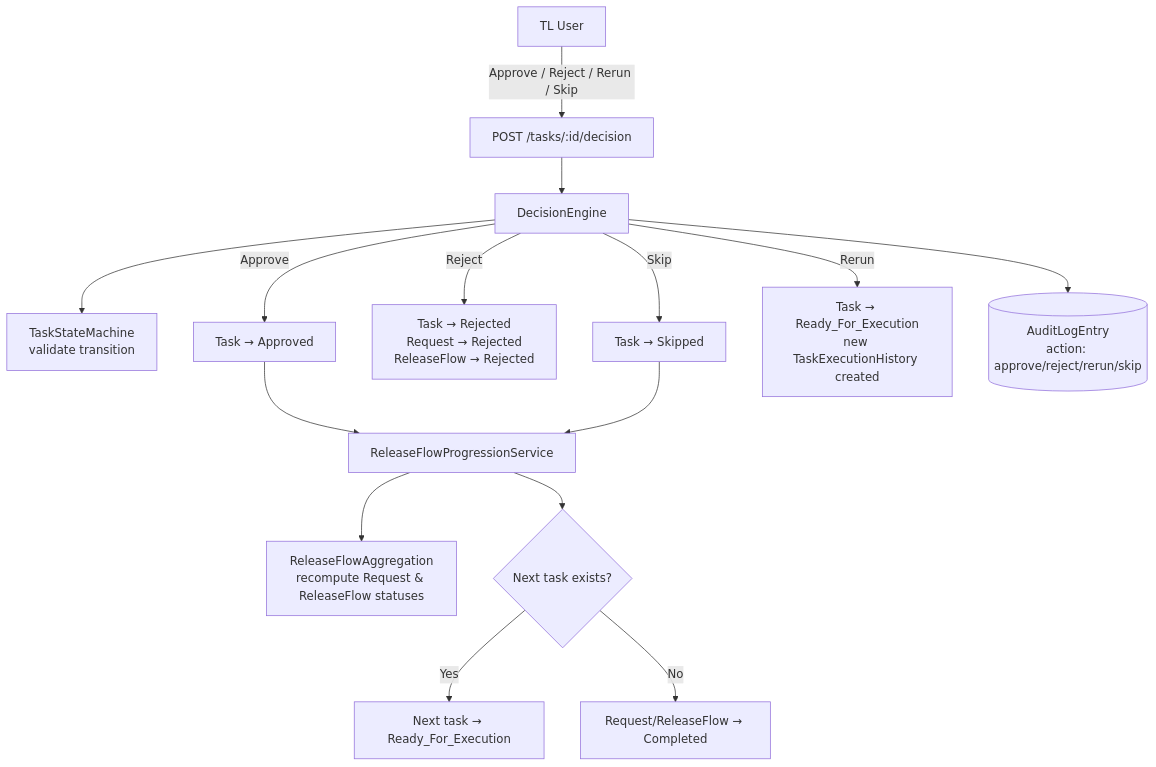
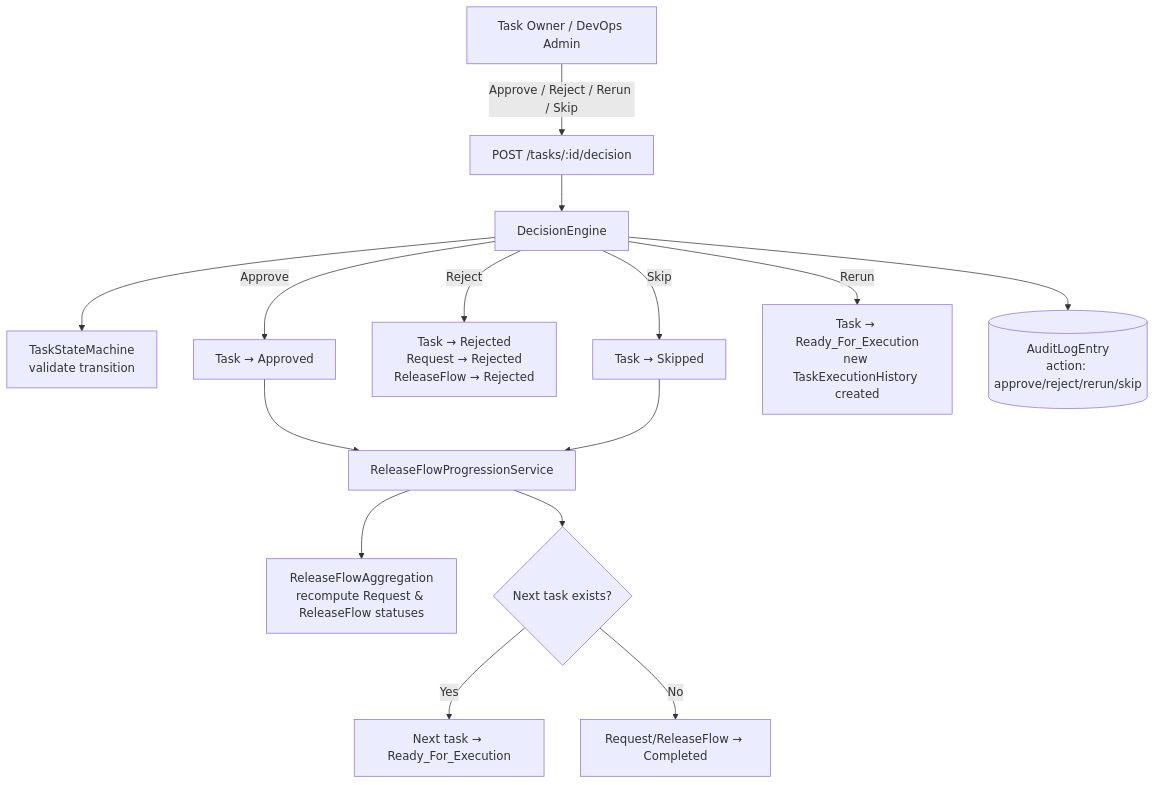
The fourth of 9 diagrams in docs/04-architecture/data-flow.md (wwa-lab/deployment-agent), drawn with Mermaid before and after one commit. The commit also changed other lines of this file and 11 other files, not shown here.

````diff
--- a/docs/04-architecture/data-flow.md
+++ b/docs/04-architecture/data-flow.md
@@ -128,22 +128,22 @@
 ```mermaid
 flowchart TD
-    TL[TL User] -->|Approve / Reject / Rerun / Skip| API[POST /tasks/:id/decision]
+    Reviewer[Task Owner / DevOps Admin] -->|Approve / Reject / Rerun / Skip| API[POST /tasks/:id/decision]
     API --> DE[DecisionEngine]
 
     DE --> SM[TaskStateMachine<br/>validate transition]
 
     DE -->|Approve| Approve[Task → Approved]
     DE -->|Reject| Reject[Task → Rejected<br/>Request → Rejected<br/>ReleaseFlow → Rejected]
     DE -->|Skip| Skip[Task → Skipped]
     DE -->|Rerun| Rerun[Task → Ready_For_Execution<br/>new TaskExecutionHistory created]
 
     Approve --> Prog[ReleaseFlowProgressionService]
     Skip --> Prog
 
     Prog --> Agg[ReleaseFlowAggregation<br/>recompute Request & ReleaseFlow statuses]
     Prog --> Next{Next task exists?}
     Next -->|Yes| Promote[Next task → Ready_For_Execution]
     Next -->|No| Complete[Request/ReleaseFlow → Completed]
 
     DE --> AL[(AuditLogEntry<br/>action: approve/reject/rerun/skip)]
 ```
````
